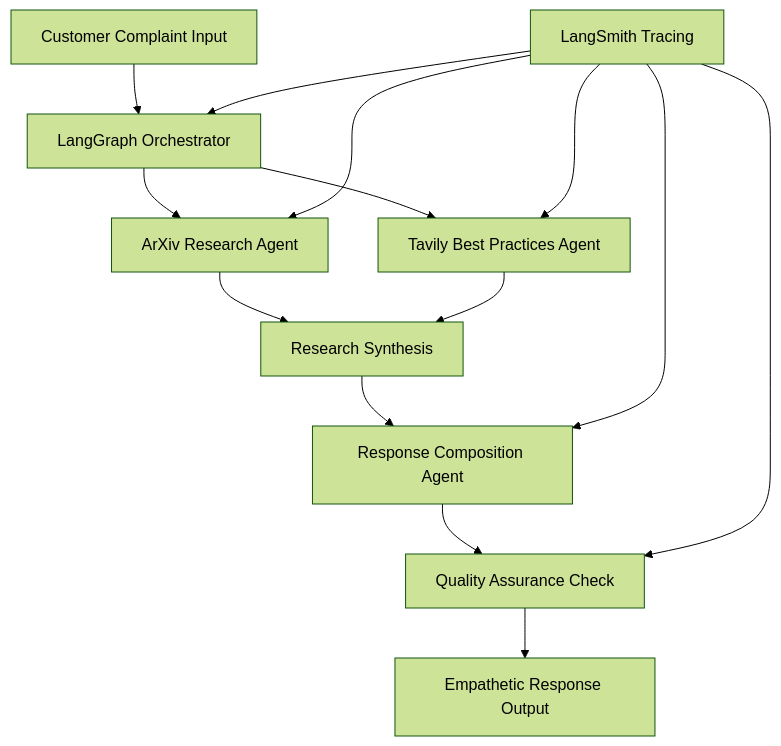
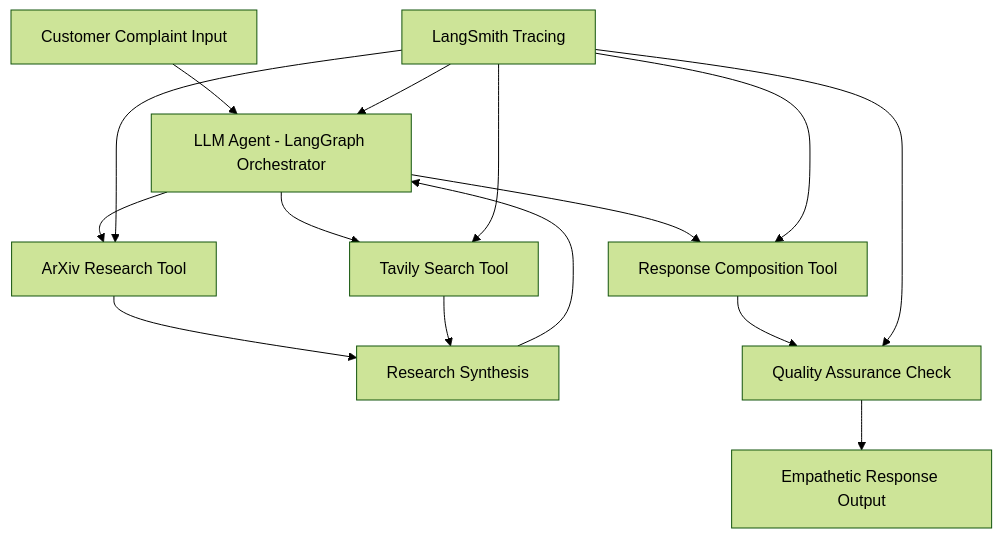
The diagram in README.md (ovokpus/ReplySight), drawn with Mermaid (forest theme) before and after one commit. The commit also changed other lines of this file and 1 other file, not shown here.

Commit message:
updated graph

````diff
--- a/README.md
+++ b/README.md
@@ -363,17 +365,18 @@
 ```mermaid
 graph TD
-    A[Customer Complaint Input] --> B[LangGraph Orchestrator]
-    B --> C[ArXiv Research Agent]
-    B --> D[Tavily Best Practices Agent]
+    A[Customer Complaint Input] --> B[LLM Agent - LangGraph Orchestrator]
+    B --> C[ArXiv Research Tool]
+    B --> D[Tavily Search Tool]
     C --> E[Research Synthesis]
+    E --> B
     D --> E
-    E --> F[Response Composition Agent]
+    B --> F[Response Composition Tool]
     F --> G[Quality Assurance Check]
     G --> H[Empathetic Response Output]
     
     I[LangSmith Tracing] --> B
     I --> C
     I --> D
     I --> F
     I --> G
 ```
````
